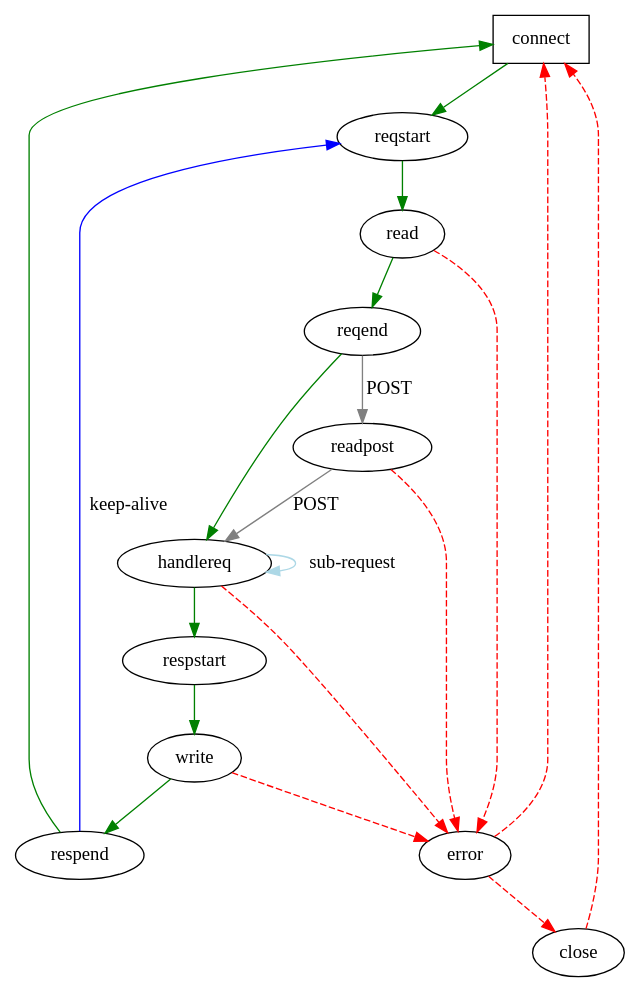
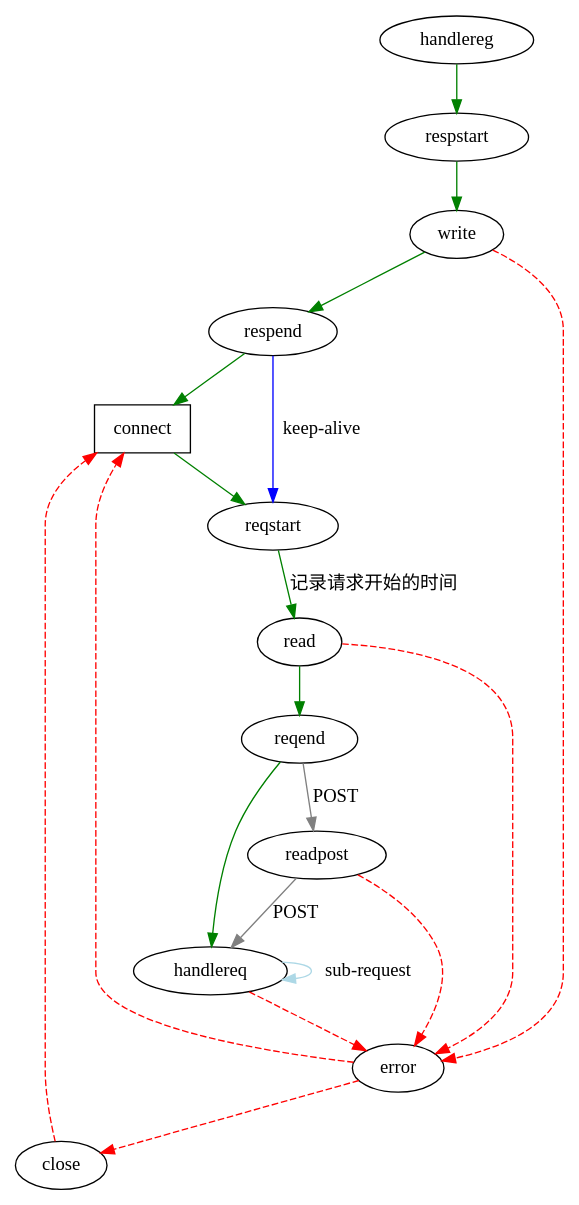
Before and after one commit to kernelhcy/hcyprojects: the diagram in vimprojects/lighttpd-1.4.20/doc/state.dot, drawn with Graphviz. The commit also changed 7 other files, not shown here.

```diff
--- a/vimprojects/lighttpd-1.4.20/doc/state.dot
+++ b/vimprojects/lighttpd-1.4.20/doc/state.dot
@@ -1,18 +1,26 @@
-digraph state {
-  edge [color=green];
-  connect -> reqstart -> read -> reqend -> handlereq -> respstart -> write -> respend -> connect;
-  edge [color=grey];
-  reqend -> readpost -> handlereq [ label="POST" ];
-  edge [ color=blue]
-  respend -> reqstart [ label="keep-alive" ];
-  edge [ color=lightblue]
-  handlereq -> handlereq [ label="sub-request" ];
-  edge [style=dashed, color=red];
-  error -> close -> connect;
-  error -> connect;
-  handlereq -> error;
-  read -> error;
-  readpost -> error;
-  write -> error;
-  connect [shape=box];
+digraph state 
+{
+  	edge [color=green];
+  	connect -> reqstart;
+	reqstart  -> read  [ label = "记录请求开始的时间" ];
+	read -> reqend; 
+	reqend -> handlereq; 
+	handlereg -> respstart ;
+	respstart -> write; 
+	write  -> respend; 
+	respend  -> connect;
+  	edge [color=grey];
+  	reqend -> readpost -> handlereq [ label="POST" ];
+  	edge [ color=blue]
+  	respend -> reqstart [ label="keep-alive" ];
+ 	edge [ color=lightblue]
+  	handlereq -> handlereq [ label="sub-request" ];
+  	edge [style=dashed, color=red];
+  	error -> close -> connect;
+  	error -> connect;
+  	handlereq -> error;
+  	read -> error;
+  	readpost -> error;
+  	write -> error;
+  	connect [shape=box];
 }
```
